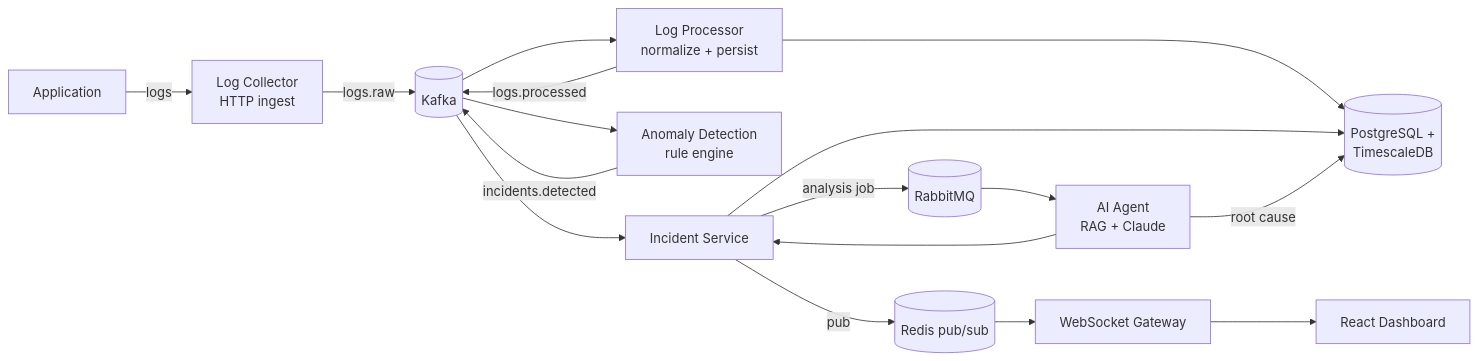
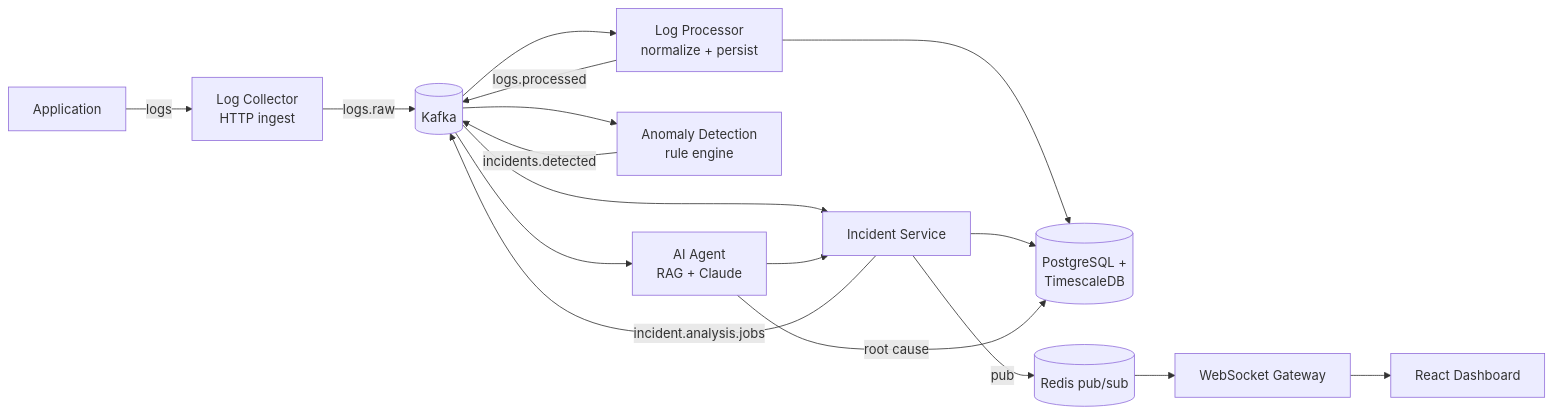
The diagram in docs/ARCHITECTURE.md (locphamxuan/AI-Incident-Management), drawn with Mermaid before and after one commit. The commit also changed other lines of this file and 47 other files, not shown here.

````diff
--- a/docs/ARCHITECTURE.md
+++ b/docs/ARCHITECTURE.md
@@ -5,19 +29,19 @@
 ```mermaid
 flowchart LR
     APP[Application] -->|logs| COLLECTOR[Log Collector\nHTTP ingest]
     COLLECTOR -->|logs.raw| KAFKA[(Kafka)]
     KAFKA --> PROCESSOR[Log Processor\nnormalize + persist]
     PROCESSOR -->|logs.processed| KAFKA
     PROCESSOR --> PG[(PostgreSQL +\nTimescaleDB)]
     KAFKA --> ANOMALY[Anomaly Detection\nrule engine]
     ANOMALY -->|incidents.detected| KAFKA
     KAFKA --> INCIDENT[Incident Service]
     INCIDENT --> PG
-    INCIDENT -->|analysis job| RABBIT[(RabbitMQ)]
-    RABBIT --> AGENT[AI Agent\nRAG + Claude]
+    INCIDENT -->|incident.analysis.jobs| KAFKA
+    KAFKA --> AGENT[AI Agent\nRAG + Claude]
     AGENT -->|root cause| PG
     AGENT --> INCIDENT
     INCIDENT -->|pub| REDIS[(Redis pub/sub)]
     REDIS --> WS[WebSocket Gateway]
     WS --> WEB[React Dashboard]
 ```
````
